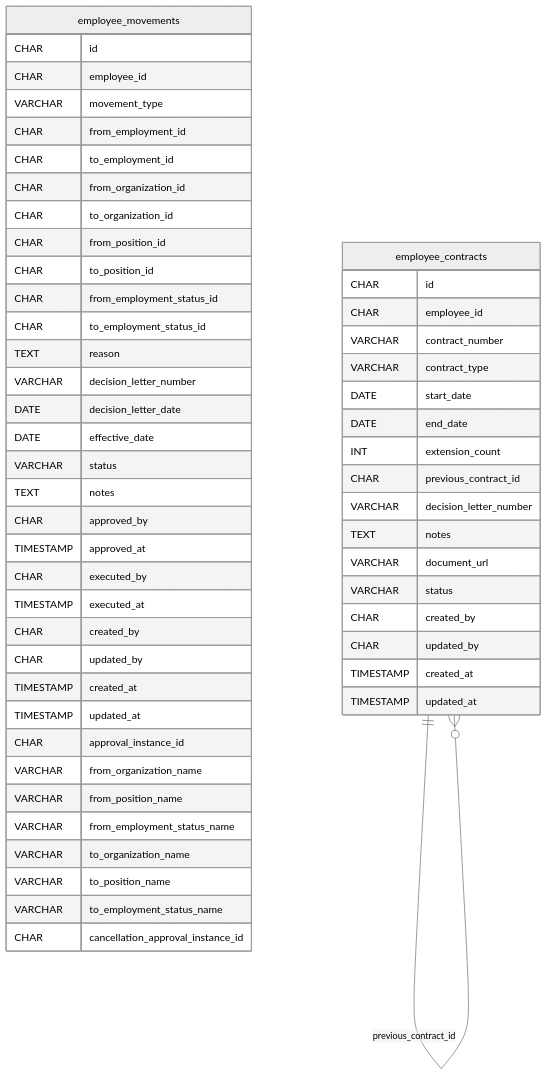
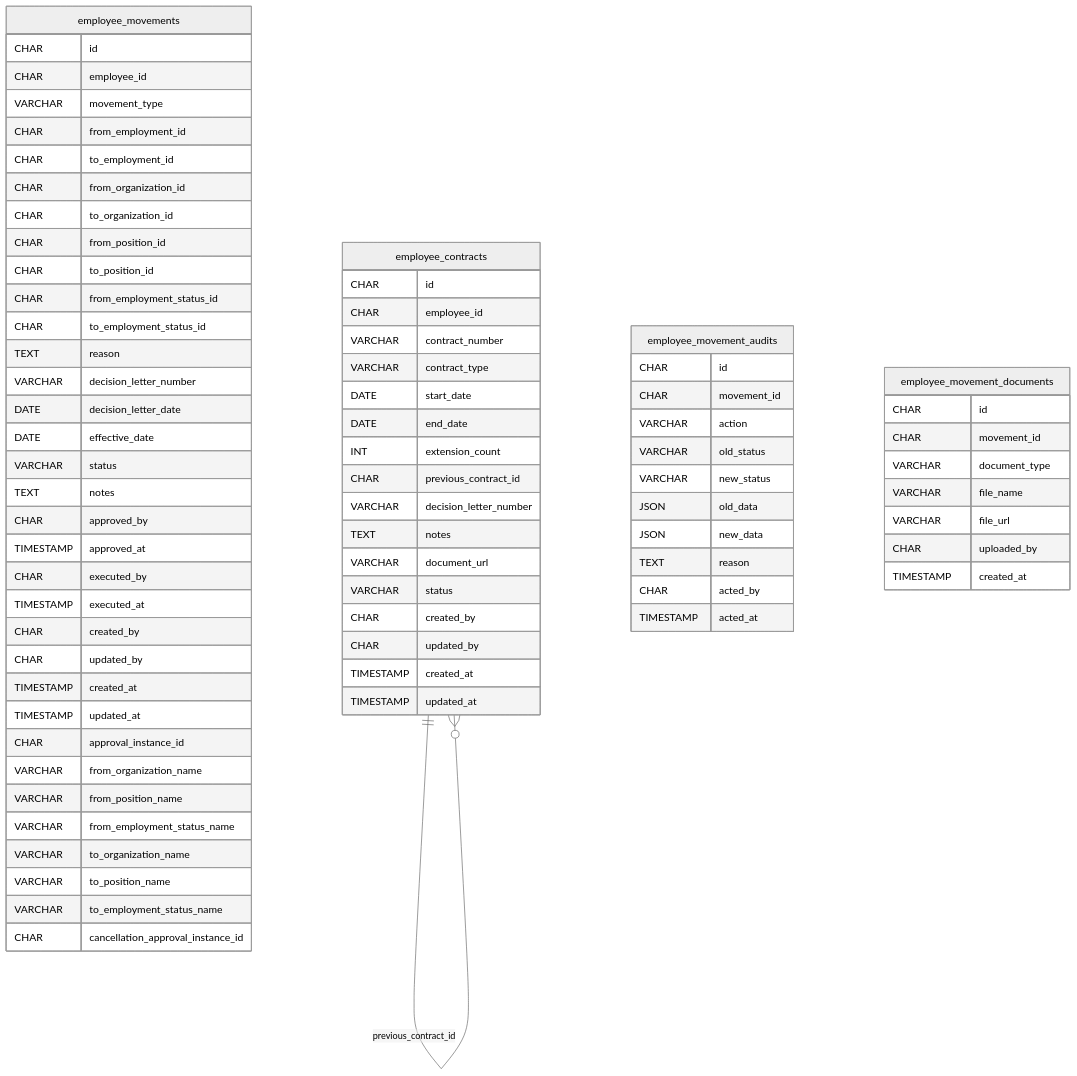
One commit to Inthros-Jagotama/inthros-hris-platform changed diagram 13 of 21 in docs/database-schema.md. Above: the diagram before and after it, drawn with Mermaid (neutral theme). The commit also changed other lines of this file, not shown here.

First line of the commit message:
docs: lengkapi database-schema dengan 68 tabel gap (Business Travel, Training v2, Competency 360, dll)

````diff
--- a/docs/database-schema.md
+++ b/docs/database-schema.md
@@ -2156,57 +2373,79 @@
 ```mermaid
 erDiagram
     employee_movements {
         CHAR id
         CHAR employee_id
         VARCHAR movement_type
         CHAR from_employment_id
         CHAR to_employment_id
         CHAR from_organization_id
         CHAR to_organization_id
         CHAR from_position_id
         CHAR to_position_id
         CHAR from_employment_status_id
         CHAR to_employment_status_id
         TEXT reason
         VARCHAR decision_letter_number
         DATE decision_letter_date
         DATE effective_date
         VARCHAR status
         TEXT notes
         CHAR approved_by
         TIMESTAMP approved_at
         CHAR executed_by
         TIMESTAMP executed_at
         CHAR created_by
         CHAR updated_by
         TIMESTAMP created_at
         TIMESTAMP updated_at
         CHAR approval_instance_id
         VARCHAR from_organization_name
         VARCHAR from_position_name
         VARCHAR from_employment_status_name
         VARCHAR to_organization_name
         VARCHAR to_position_name
         VARCHAR to_employment_status_name
         CHAR cancellation_approval_instance_id
     }
     employee_contracts {
         CHAR id
         CHAR employee_id
         VARCHAR contract_number
         VARCHAR contract_type
         DATE start_date
         DATE end_date
         INT extension_count
         CHAR previous_contract_id
         VARCHAR decision_letter_number
         TEXT notes
         VARCHAR document_url
         VARCHAR status
         CHAR created_by
         CHAR updated_by
         TIMESTAMP created_at
         TIMESTAMP updated_at
     }
     employee_contracts ||--o{ employee_contracts : "previous_contract_id"
+    employee_movement_audits {
+        CHAR id
+        CHAR movement_id
+        VARCHAR action
+        VARCHAR old_status
+        VARCHAR new_status
+        JSON old_data
+        JSON new_data
+        TEXT reason
+        CHAR acted_by
+        TIMESTAMP acted_at
+    }
+    employee_movement_documents {
+        CHAR id
+        CHAR movement_id
+        VARCHAR document_type
+        VARCHAR file_name
+        VARCHAR file_url
+        CHAR uploaded_by
+        TIMESTAMP created_at
+    }
+
 ```
````
